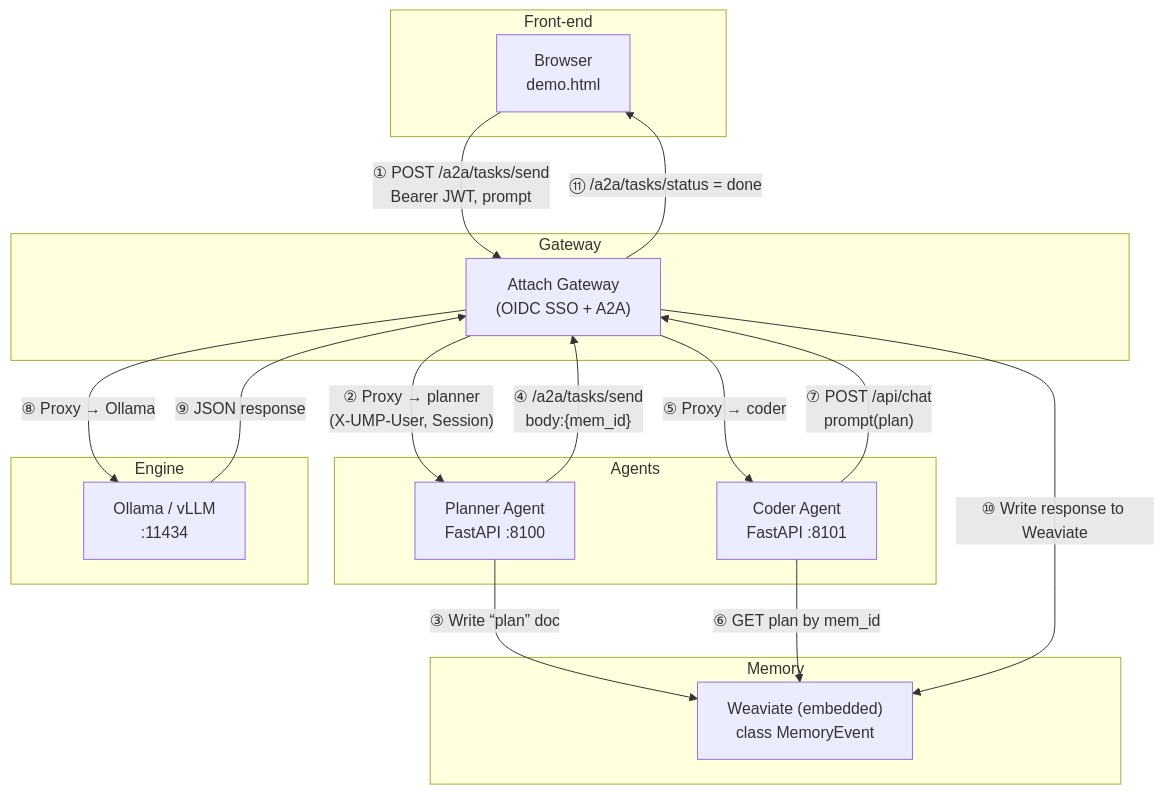
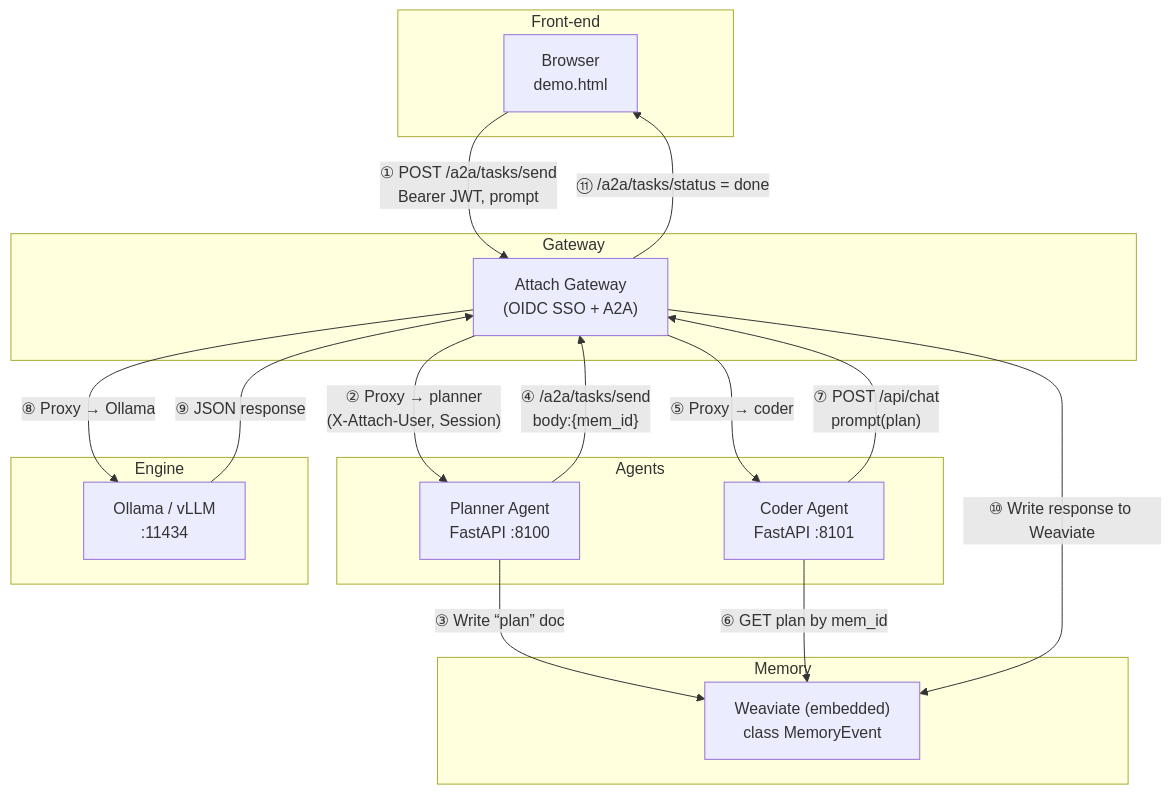
One commit to attach-dev/attach-gateway changed the diagram in README.md. Above: the diagram before and after it, drawn with Mermaid. The commit also changed other lines of this file and 5 other files, not shown here.

Commit message:
renamed ump to attach

````diff
--- a/README.md
+++ b/README.md
@@ -56,46 +56,46 @@
 ```mermaid
 flowchart TD
     %%────────────────────────────────
     %%  COMPONENTS
     %%────────────────────────────────
     subgraph Front-end
         UI["Browser<br/> demo.html"]
     end
 
     subgraph Gateway
         GW["Attach Gateway<br/> (OIDC SSO + A2A)"]
     end
 
     subgraph Agents
         PL["Planner Agent<br/>FastAPI :8100"]
         CD["Coder Agent<br/>FastAPI :8101"]
     end
 
     subgraph Memory
         WV["Weaviate (embedded)\nclass MemoryEvent"]
     end
 
     subgraph Engine
         OL["Ollama / vLLM<br/>:11434"]
     end
 
     %%────────────────────────────────
     %%  USER FLOW
     %%────────────────────────────────
     UI -- ① POST /a2a/tasks/send<br/>Bearer JWT, prompt --> GW
 
     %%─ Planner hop
-    GW -- ② Proxy → planner<br/>(X-UMP-User, Session) --> PL
+    GW -- ② Proxy → planner<br/>(X-Attach-User, Session) --> PL
     PL -- ③ Write “plan” doc --> WV
     PL -- ④ /a2a/tasks/send\nbody:{mem_id} --> GW
 
     %%─ Coder hop
     GW -- ⑤ Proxy → coder --> CD
     CD -- ⑥ GET plan by mem_id --> WV
     CD -- ⑦ POST /api/chat\nprompt(plan) --> GW
     GW -- ⑧ Proxy → Ollama --> OL
     OL -- ⑨ JSON response --> GW
     GW -- ⑩ Write response to Weaviate --> WV
     GW -- ⑪ /a2a/tasks/status = done --> UI
 
 ```
````
